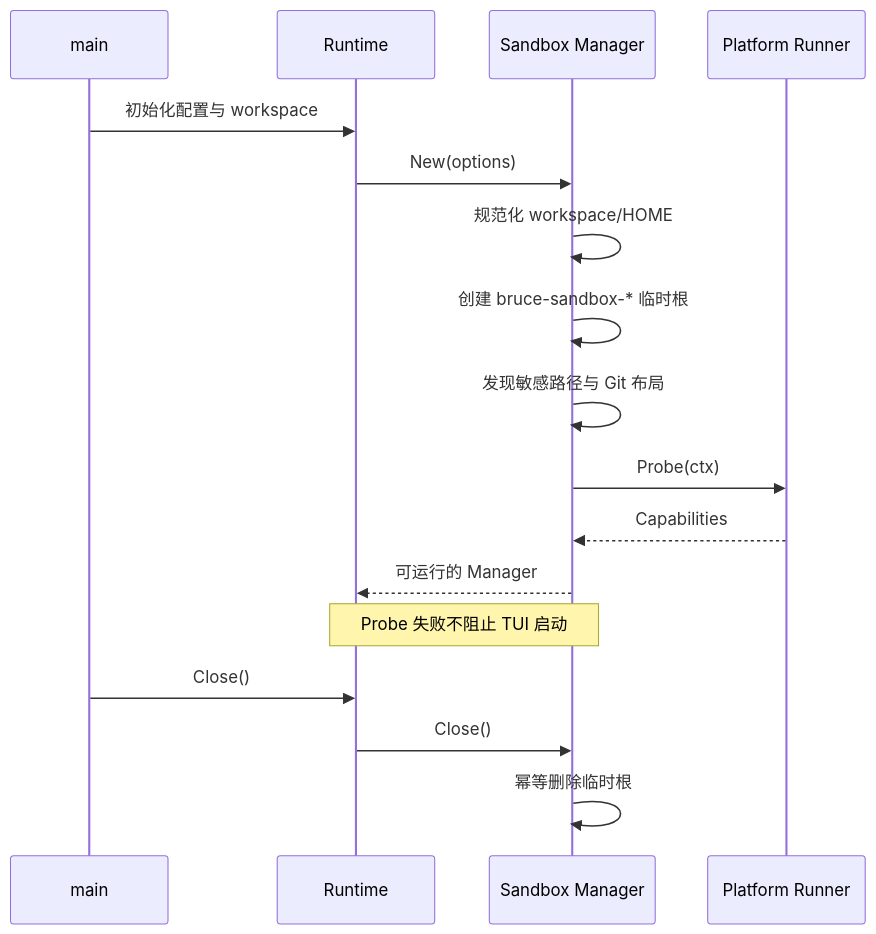
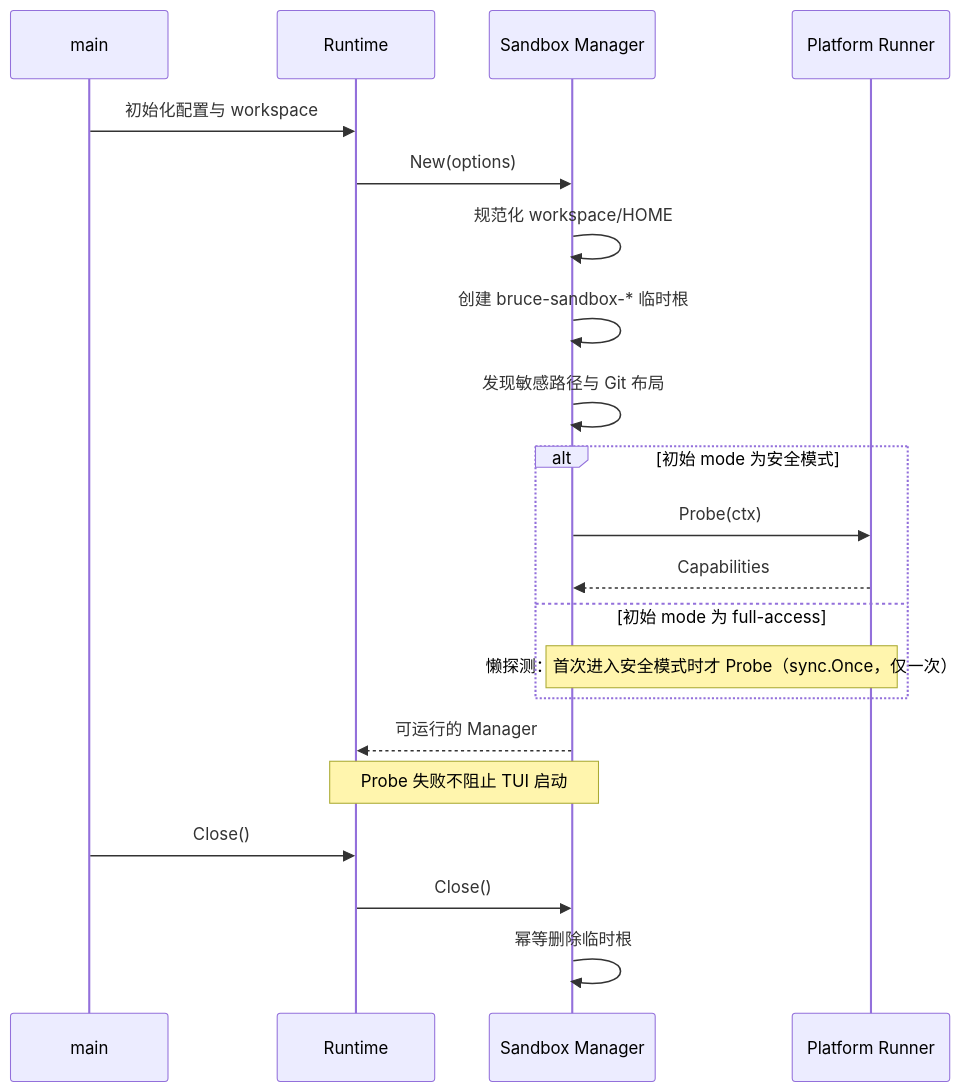
Before and after one commit to kkwalking/bruce-go: the second of 3 diagrams in docs/sandbox-design.md, drawn with Mermaid. The commit also changed other lines of this file and 20 other files, not shown here.

````diff
--- a/docs/sandbox-design.md
+++ b/docs/sandbox-design.md
@@ -186,20 +186,24 @@
 ```mermaid
 sequenceDiagram
     participant Main as main
     participant Runtime as Runtime
     participant Manager as Sandbox Manager
     participant Backend as Platform Runner
 
     Main->>Runtime: 初始化配置与 workspace
     Runtime->>Manager: New(options)
     Manager->>Manager: 规范化 workspace/HOME
     Manager->>Manager: 创建 bruce-sandbox-* 临时根
     Manager->>Manager: 发现敏感路径与 Git 布局
-    Manager->>Backend: Probe(ctx)
-    Backend-->>Manager: Capabilities
+    alt 初始 mode 为安全模式
+        Manager->>Backend: Probe(ctx)
+        Backend-->>Manager: Capabilities
+    else 初始 mode 为 full-access
+        Note over Manager,Backend: 懒探测：首次进入安全模式时才 Probe（sync.Once，仅一次）
+    end
     Manager-->>Runtime: 可运行的 Manager
     Note over Runtime,Manager: Probe 失败不阻止 TUI 启动
     Main->>Runtime: Close()
     Runtime->>Manager: Close()
     Manager->>Manager: 幂等删除临时根
 ```
````
